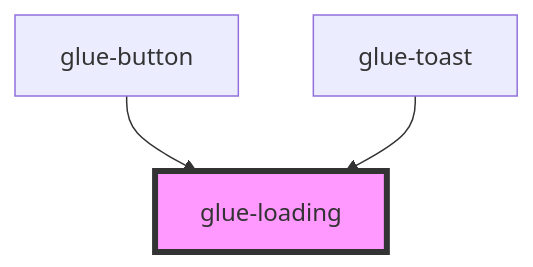
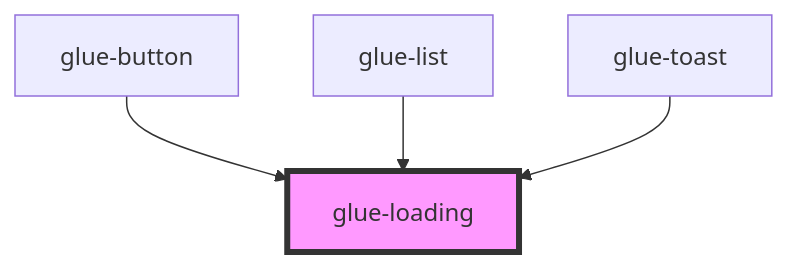
The diagram in packages/glue-components/src/components/glue-loading/readme.md (grasilife/glue), drawn with Mermaid before and after one commit. The commit also changed other lines of this file and 10 other files, not shown here.

````diff
--- a/packages/glue-components/src/components/glue-loading/readme.md
+++ b/packages/glue-components/src/components/glue-loading/readme.md
@@ -28,6 +29,7 @@
 ```mermaid
 graph TD;
   glue-button --> glue-loading
+  glue-list --> glue-loading
   glue-toast --> glue-loading
   style glue-loading fill:#f9f,stroke:#333,stroke-width:4px
 ```
````
